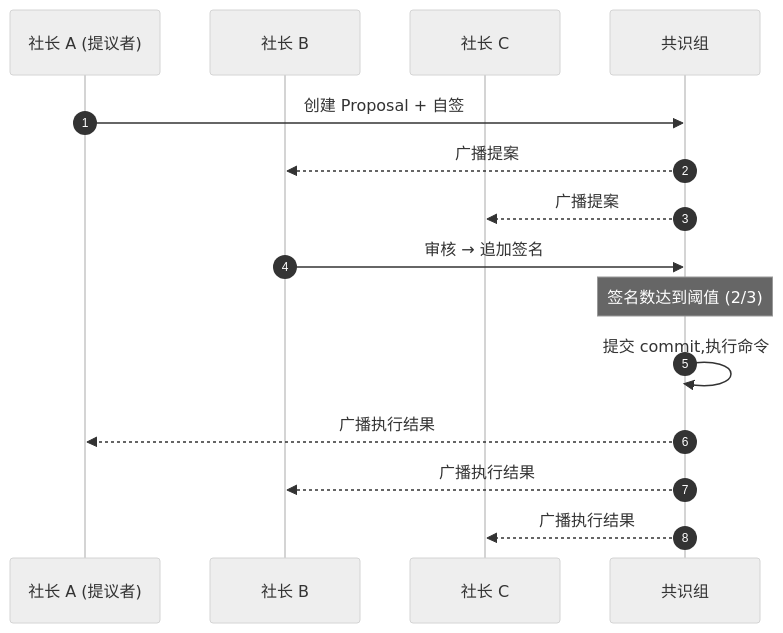
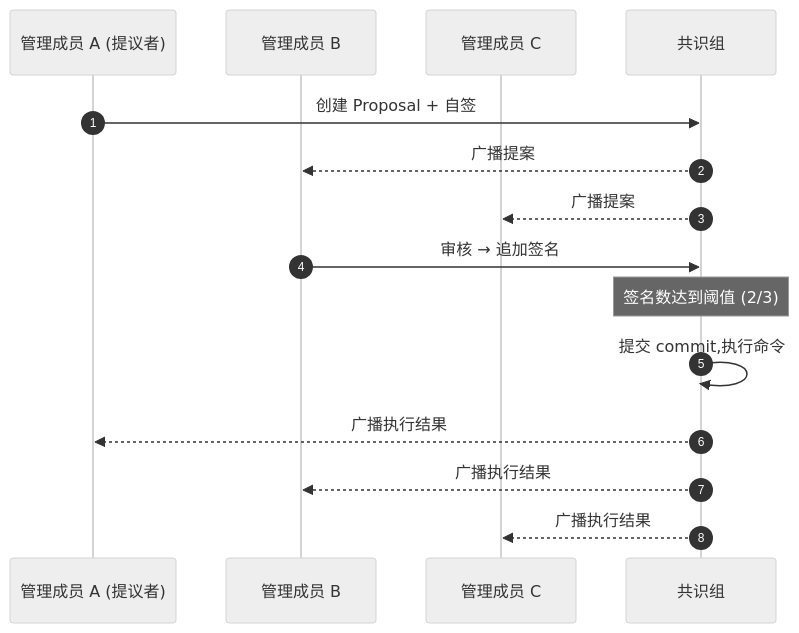
One commit to JLUCraft/docs changed the first of 3 diagrams in pages/design/governance.md. Above: the diagram before and after it, drawn with Mermaid (neutral theme). The commit also changed other lines of this file and 23 other files, not shown here.

````diff
--- a/pages/design/governance.md
+++ b/pages/design/governance.md
@@ -11,18 +11,18 @@
 ```mermaid
 sequenceDiagram
     autonumber
-    participant P1 as 社长 A (提议者)
-    participant P2 as 社长 B
-    participant P3 as 社长 C
+    participant P1 as 管理成员 A (提议者)
+    participant P2 as 管理成员 B
+    participant P3 as 管理成员 C
     participant Raft as 共识组
 
     P1->>Raft: 创建 Proposal + 自签
     Raft-->>P2: 广播提案
     Raft-->>P3: 广播提案
     P2->>Raft: 审核 → 追加签名
     Note over Raft: 签名数达到阈值 (2/3)
     Raft->>Raft: 提交 commit,执行命令
     Raft-->>P1: 广播执行结果
     Raft-->>P2: 广播执行结果
     Raft-->>P3: 广播执行结果
 ```
````
